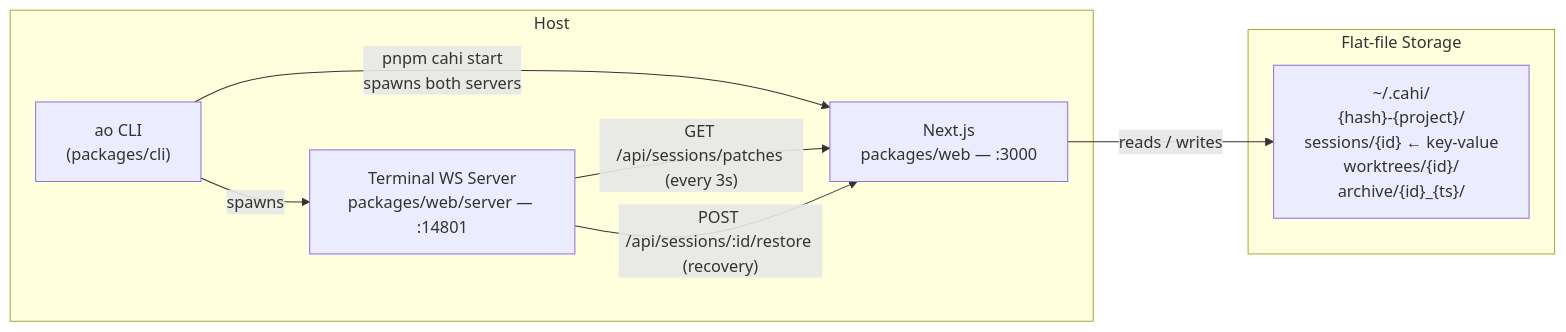
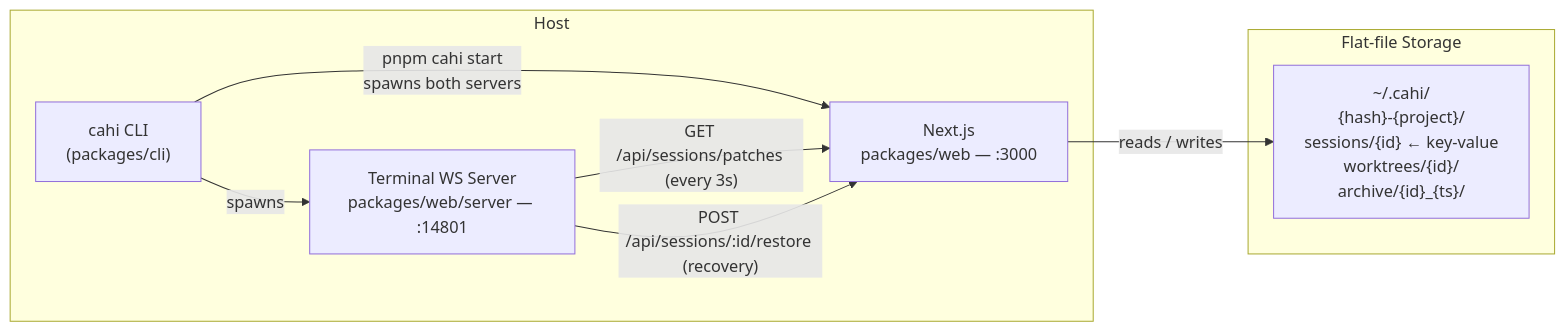
One commit to tiago-conceicao-ca/agent-orchestrator changed the third of 5 diagrams in docs/ARCHITECTURE.md. Above: the diagram before and after it, drawn with Mermaid. The commit also changed other lines of this file and 210 other files, not shown here.

````diff
--- a/docs/ARCHITECTURE.md
+++ b/docs/ARCHITECTURE.md
@@ -164,18 +164,18 @@
 ```mermaid
 graph LR
     subgraph Host
-        CLI["ao CLI\n(packages/cli)"]
+        CLI["cahi CLI\n(packages/cli)"]
         Next["Next.js\npackages/web — :3000"]
         MuxSrv["Terminal WS Server\npackages/web/server — :14801"]
     end
 
     subgraph Storage["Flat-file Storage"]
         Sessions2["~/.cahi/\n{hash}-{project}/\n  sessions/{id}  ← key-value\n  worktrees/{id}/\n  archive/{id}_{ts}/"]
     end
 
     CLI -- "pnpm cahi start\nspawns both servers" --> Next
     CLI -- "spawns" --> MuxSrv
     Next -- "reads / writes" --> Sessions2
     MuxSrv -- "GET /api/sessions/patches (every 3s)" --> Next
     MuxSrv -- "POST /api/sessions/:id/restore (recovery)" --> Next
 ```
````
